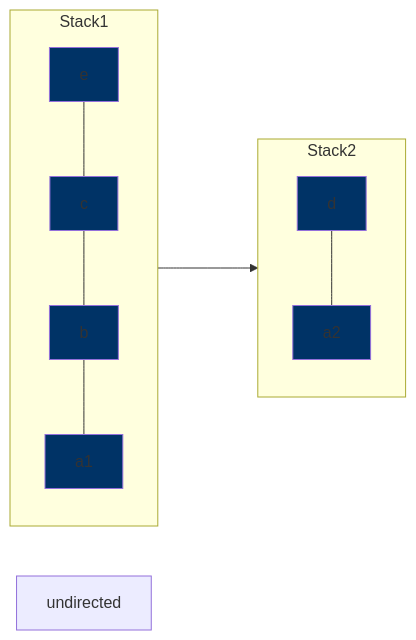
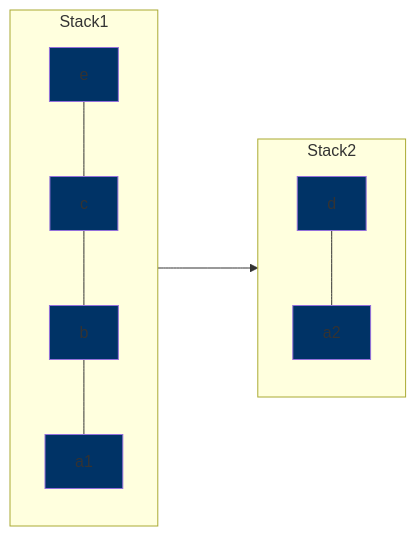
The seventh of 8 diagrams in Notes/Graphs.md (nathanc7278/cs180-W25), drawn with Mermaid before and after one commit. The commit also changed other lines of this file, not shown here.

````diff
--- a/Notes/Graphs.md
+++ b/Notes/Graphs.md
@@ -209,21 +208,20 @@
 ```mermaid
     graph LR
         subgraph Stack1
             direction TB
             e --- c
             c --- b
             b --- a1
         end
         subgraph Stack2
             direction TB
             d --- a2
         end
         Stack1 ---> Stack2
         style a1 fill:#036
         style a2 fill:#036
         style b fill:#036
         style c fill:#036
         style d fill:#036
         style e fill:#036
-        undirected
 ```
````
